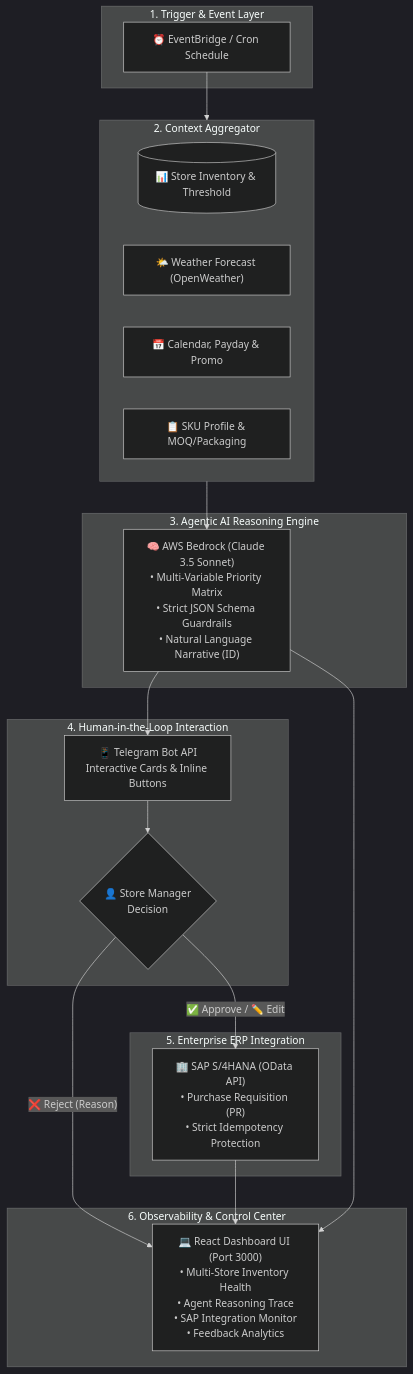
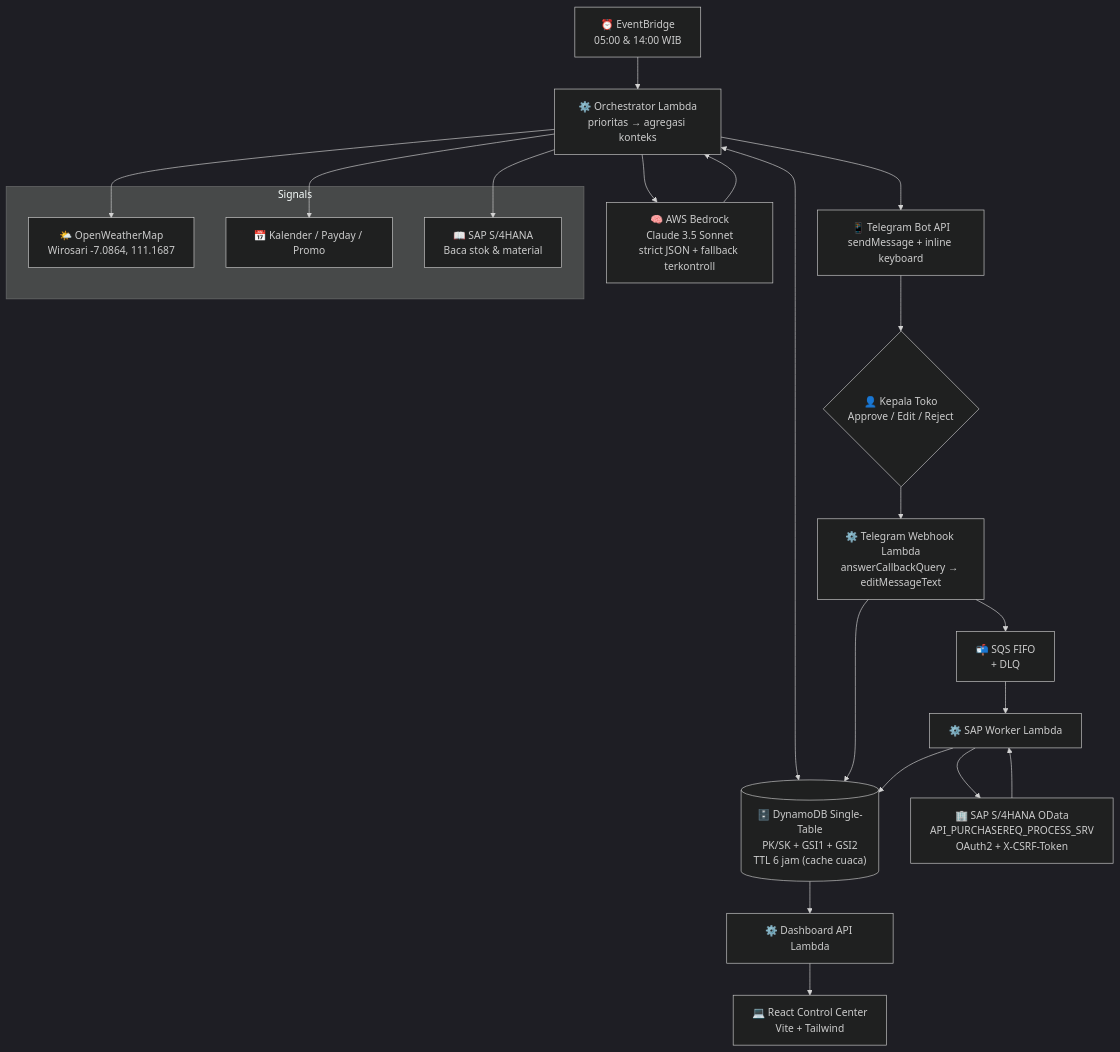
One commit to nay-f/Autoreplenish.AI changed the diagram in README.md. Above: the diagram before and after it, drawn with Mermaid (dark theme). The commit also changed other lines of this file and 92 other files, not shown here.

Commit message:
feat: refactor production architecture, add POS cashier app and webhook ingestion handler

````diff
--- a/README.md
+++ b/README.md
@@ -42,39 +32,35 @@
 ```mermaid
 flowchart TD
-    subgraph TriggerLayer ["1. Trigger & Event Layer"]
-        EB["⏰ EventBridge / Cron Schedule"]
+    EB["⏰ EventBridge<br/>05:00 & 14:00 WIB"] --> ORCH["⚙️ Orchestrator Lambda<br/>prioritas → agregasi konteks"]
+
+    subgraph Signals
+        OWM["🌤️ OpenWeatherMap<br/>Wirosari -7.0864, 111.1687"]
+        CAL["📅 Kalender / Payday / Promo"]
+        SAP_R["📖 SAP S/4HANA<br/>Baca stok & material"]
     end
 
-    subgraph DataAggregation ["2. Context Aggregator"]
-        INV[("📊 Store Inventory & Threshold")]
-        WEATHER["🌤️ Weather Forecast (OpenWeather)"]
-        CALENDAR["📅 Calendar, Payday & Promo"]
-        SKU["📋 SKU Profile & MOQ/Packaging"]
-    end
+    ORCH --> OWM
+    ORCH --> CAL
+    ORCH --> SAP_R
 
-    subgraph ReasoningLayer ["3. Agentic AI Reasoning Engine"]
-        BEDROCK["🧠 AWS Bedrock (Claude 3.5 Sonnet)<br/>• Multi-Variable Priority Matrix<br/>• Strict JSON Schema Guardrails<br/>• Natural Language Narrative (ID)"]
-    end
+    DDB[("🗄️ DynamoDB Single-Table<br/>PK/SK + GSI1 + GSI2<br/>TTL 6 jam (cache cuaca)")]
+    ORCH <--> DDB
 
-    subgraph HITLLayer ["4. Human-in-the-Loop Interaction"]
-        TG["📱 Telegram Bot API<br/>Interactive Cards & Inline Buttons"]
-        USER{"👤 Store Manager<br/>Decision"}
-    end
+    ORCH --> BR["🧠 AWS Bedrock<br/>Claude 3.5 Sonnet<br/>strict JSON + fallback terkontroll"]
+    BR --> ORCH
 
-    subgraph ExecutionLayer ["5. Enterprise ERP Integration"]
-        SAP["🏢 SAP S/4HANA (OData API)<br/>• Purchase Requisition (PR)<br/>• Strict Idempotency Protection"]
-    end
+    ORCH --> TG["📱 Telegram Bot API<br/>sendMessage + inline keyboard"]
+    TG --> MGR{"👤 Kepala Toko<br/>Approve / Edit / Reject"}
 
-    subgraph DashboardLayer ["6. Observability & Control Center"]
-        DASH["💻 React Dashboard UI (Port 3000)<br/>• Multi-Store Inventory Health<br/>• Agent Reasoning Trace<br/>• SAP Integration Monitor<br/>• Feedback Analytics"]
-    end
+    MGR --> WH["⚙️ Telegram Webhook Lambda<br/>answerCallbackQuery → editMessageText"]
+    WH --> DDB
+    WH --> SQS["📬 SQS FIFO<br/>+ DLQ"]
 
-    EB --> DataAggregation
-    DataAggregation --> BEDROCK
-    BEDROCK --> TG
-    TG --> USER
-    USER -- "✅ Approve / ✏️ Edit" --> SAP
-    USER -- "❌ Reject (Reason)" --> DASH
-    SAP --> DASH
-    BEDROCK --> DASH
+    SQS --> WK["⚙️ SAP Worker Lambda"]
+    WK --> SAPP["🏢 SAP S/4HANA OData<br/>API_PURCHASEREQ_PROCESS_SRV<br/>OAuth2 + X-CSRF-Token"]
+    SAPP --> WK
+    WK --> DDB
+
+    DDB --> API["⚙️ Dashboard API Lambda"]
+    API --> UI["💻 React Control Center<br/>Vite + Tailwind"]
 ```
````
